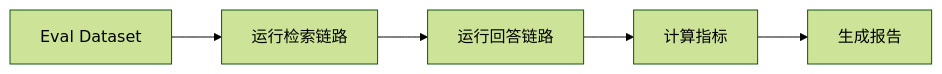
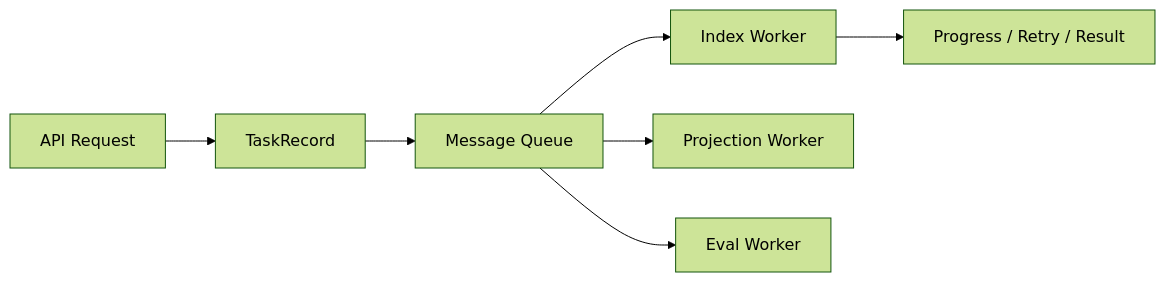
One commit to pretextQ/Reminder changed diagram 16 of 23 in company_target/day1-day20-summary.md. Above: the diagram before and after it, drawn with Mermaid (forest theme). The commit also changed other lines of this file and 4 other files, not shown here.

````diff
--- a/company_target/day1-day20-summary.md
+++ b/company_target/day1-day20-summary.md
@@ -468,7 +505,9 @@
 ```mermaid
 flowchart LR
-    A[Eval Dataset] --> B[运行检索链路]
-    B --> C[运行回答链路]
-    C --> D[计算指标]
-    D --> E[生成报告]
+    A[API Request] --> B[TaskRecord]
+    B --> C[Message Queue]
+    C --> D[Index Worker]
+    C --> E[Projection Worker]
+    C --> F[Eval Worker]
+    D --> G[Progress / Retry / Result]
 ```
````
